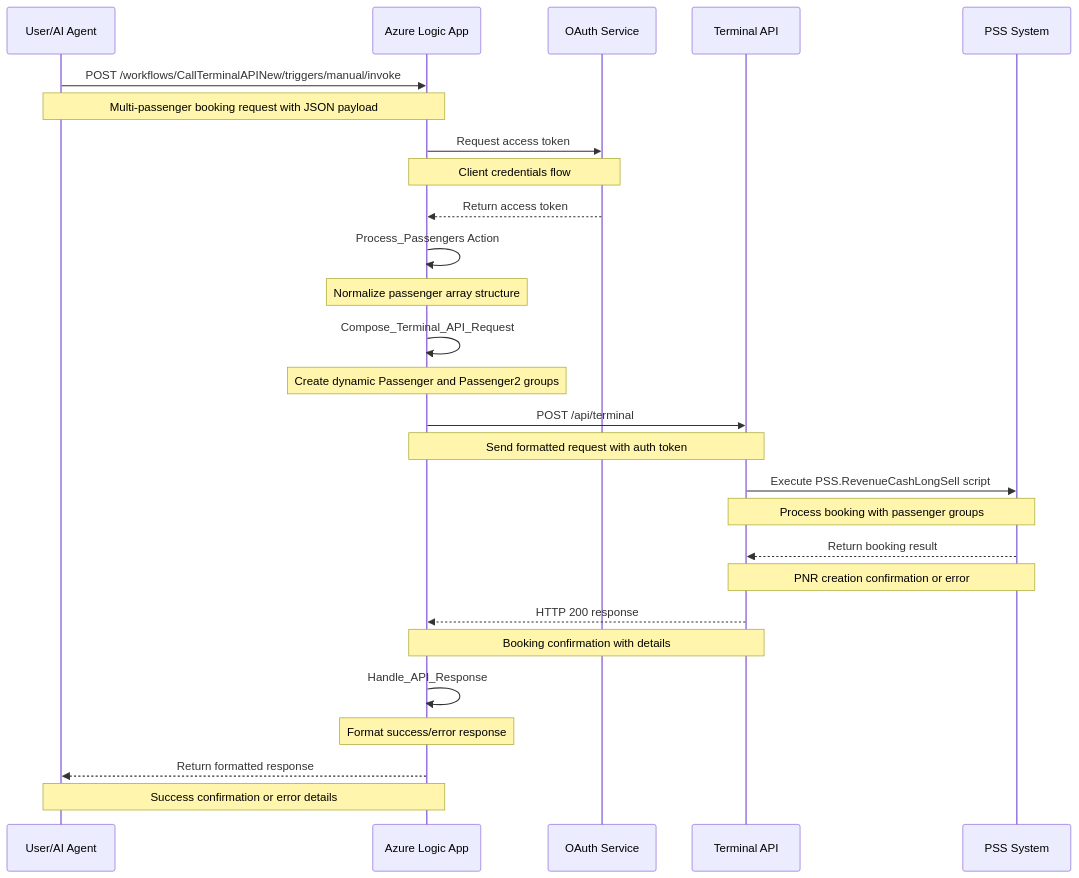
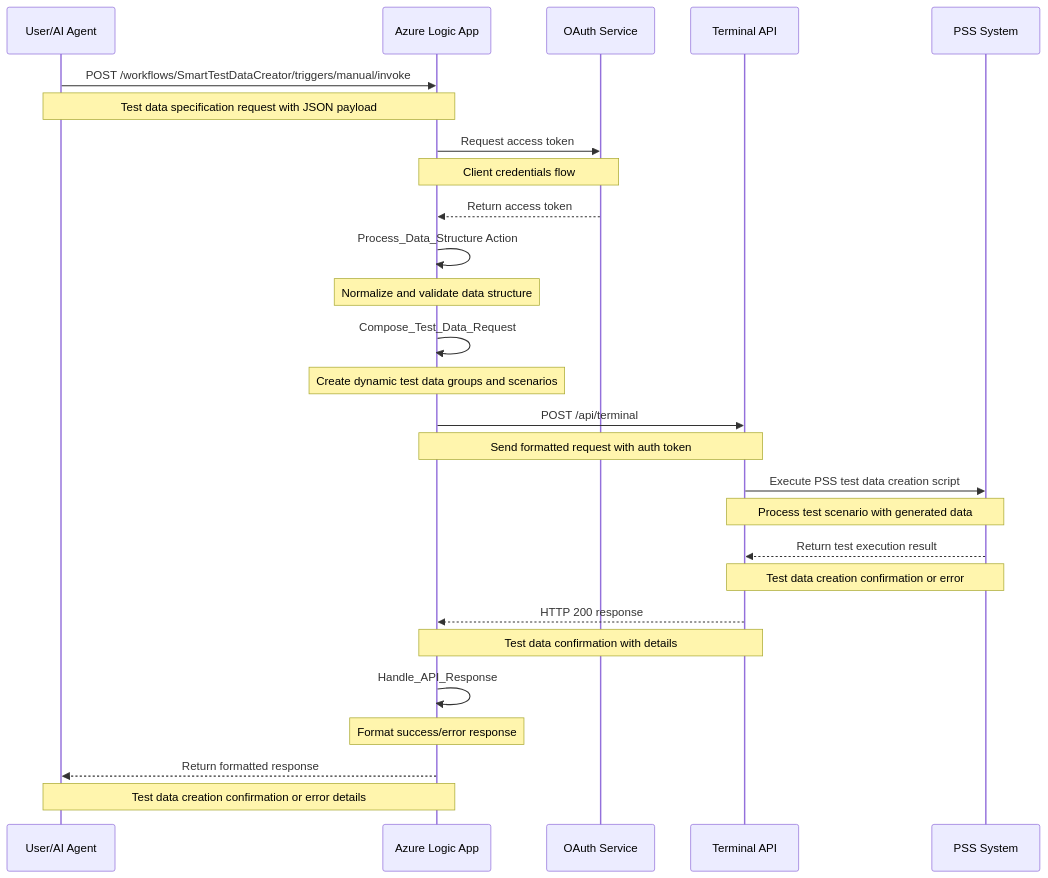
Before and after one commit to vijaythotadappa/smart-test-data-creator: the second of 5 diagrams in INNOVATION_DAY_PRESENTATION.md, drawn with Mermaid. The commit also changed other lines of this file, not shown here.

First line of the commit message:
Transform to Smart Test Data Creator: Universal AI-powered test data generation system

````diff
--- a/INNOVATION_DAY_PRESENTATION.md
+++ b/INNOVATION_DAY_PRESENTATION.md
@@ -94,39 +94,39 @@
 ```mermaid
 sequenceDiagram
     participant User as User/AI Agent
     participant LogicApp as Azure Logic App
     participant OAuth as OAuth Service
     participant TerminalAPI as Terminal API
     participant PSS as PSS System
     
-    User->>LogicApp: POST /workflows/CallTerminalAPINew/triggers/manual/invoke
-    Note over User,LogicApp: Multi-passenger booking request with JSON payload
+    User->>LogicApp: POST /workflows/SmartTestDataCreator/triggers/manual/invoke
+    Note over User,LogicApp: Test data specification request with JSON payload
     
     LogicApp->>OAuth: Request access token
     Note over LogicApp,OAuth: Client credentials flow
     OAuth-->>LogicApp: Return access token
     
-    LogicApp->>LogicApp: Process_Passengers Action
-    Note over LogicApp: Normalize passenger array structure
+    LogicApp->>LogicApp: Process_Data_Structure Action
+    Note over LogicApp: Normalize and validate data structure
     
-    LogicApp->>LogicApp: Compose_Terminal_API_Request
-    Note over LogicApp: Create dynamic Passenger and Passenger2 groups
+    LogicApp->>LogicApp: Compose_Test_Data_Request
+    Note over LogicApp: Create dynamic test data groups and scenarios
     
     LogicApp->>TerminalAPI: POST /api/terminal
     Note over LogicApp,TerminalAPI: Send formatted request with auth token
     
-    TerminalAPI->>PSS: Execute PSS.RevenueCashLongSell script
-    Note over TerminalAPI,PSS: Process booking with passenger groups
+    TerminalAPI->>PSS: Execute PSS test data creation script
+    Note over TerminalAPI,PSS: Process test scenario with generated data
     
-    PSS-->>TerminalAPI: Return booking result
-    Note over PSS,TerminalAPI: PNR creation confirmation or error
+    PSS-->>TerminalAPI: Return test execution result
+    Note over PSS,TerminalAPI: Test data creation confirmation or error
     
     TerminalAPI-->>LogicApp: HTTP 200 response
-    Note over TerminalAPI,LogicApp: Booking confirmation with details
+    Note over TerminalAPI,LogicApp: Test data confirmation with details
     
     LogicApp->>LogicApp: Handle_API_Response
     Note over LogicApp: Format success/error response
     
     LogicApp-->>User: Return formatted response
-    Note over LogicApp,User: Success confirmation or error details
+    Note over LogicApp,User: Test data creation confirmation or error details
 ```
````
